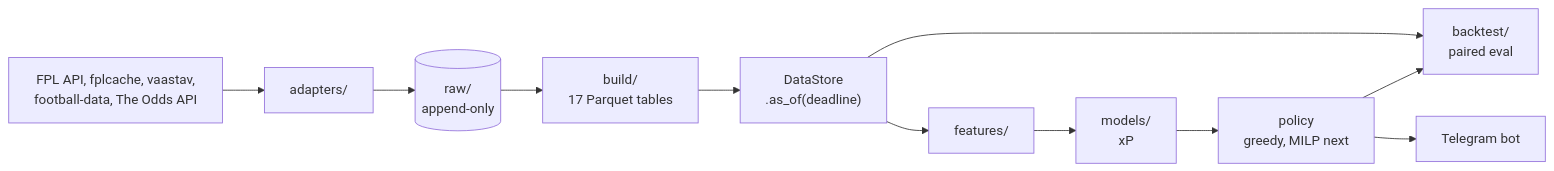
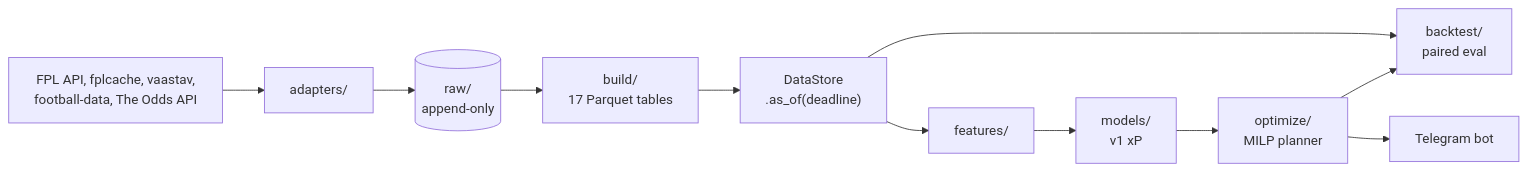
One commit to samintisar/fpl-optimizer changed the diagram in README.md. Above: the diagram before and after it, drawn with Mermaid. The commit also changed other lines of this file, not shown here.

````diff
--- a/README.md
+++ b/README.md
@@ -64,11 +100,11 @@
 ```mermaid
 flowchart LR
     SRC["FPL API, fplcache, vaastav,<br/>football-data, The Odds API"] --> A[adapters/]
     A --> RAW[("raw/<br/>append-only")]
     RAW --> B["build/<br/>17 Parquet tables"]
     B --> DS["DataStore<br/>.as_of(deadline)"]
-    DS --> F[features/] --> M["models/<br/>xP"] --> P["policy<br/>greedy, MILP next"]
+    DS --> F[features/] --> M["models/<br/>v1 xP"] --> P["optimize/<br/>MILP planner"]
     P --> BT["backtest/<br/>paired eval"]
     DS --> BT
     P --> BOT[Telegram bot]
 ```
````
